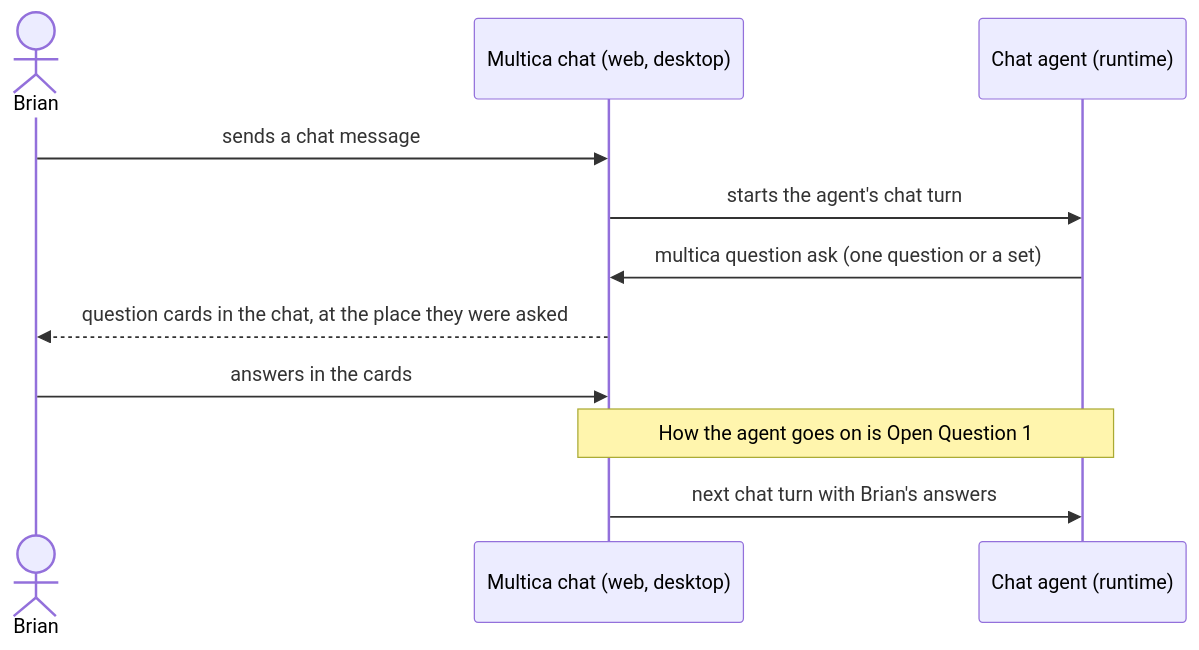
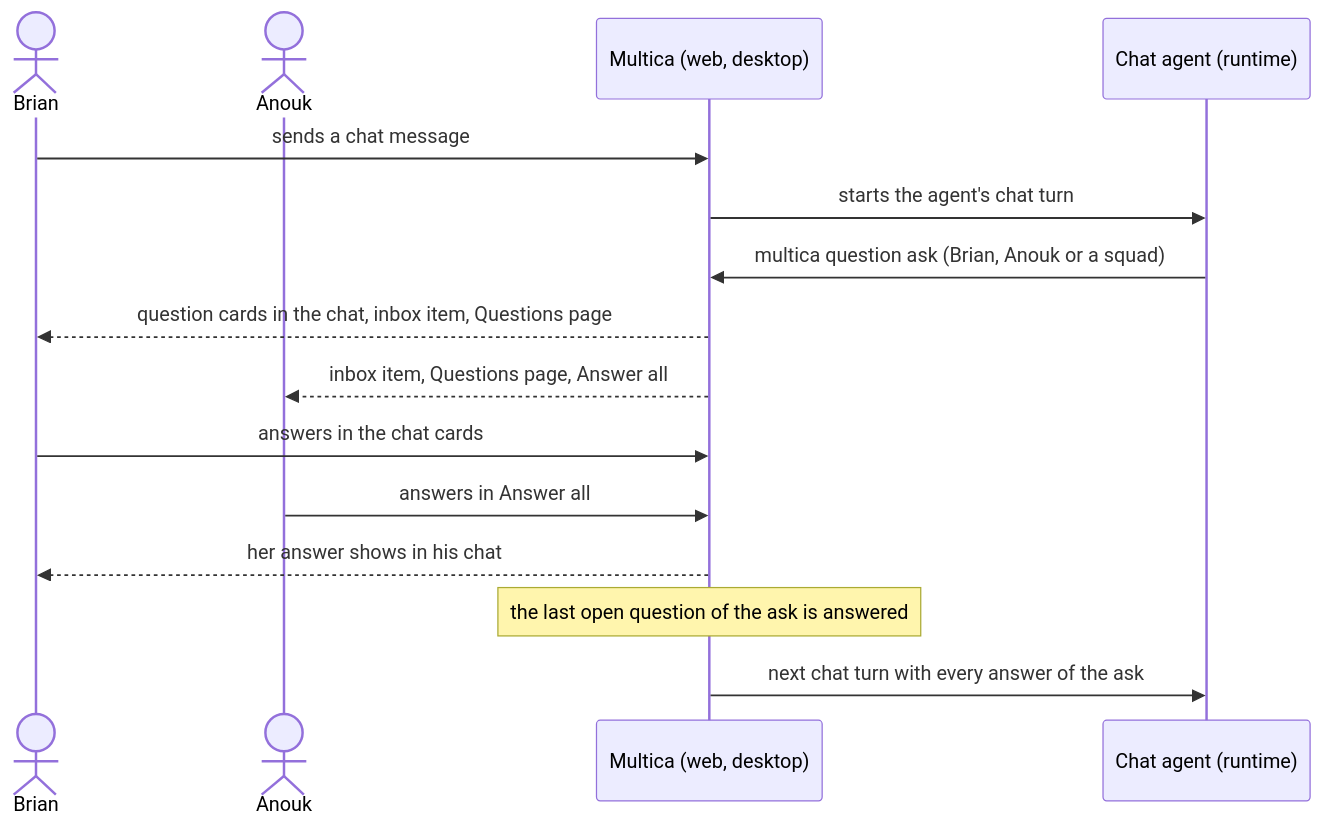
The diagram in specs/openspec/changes/questions-in-chat/proposal.md (appboypov/multica), drawn with Mermaid before and after one commit. The commit also changed other lines of this file and 4 other files, not shown here.

First line of the commit message:
docs(specs): spec questions in chat from Brian's answers

````diff
--- a/specs/openspec/changes/questions-in-chat/proposal.md
+++ b/specs/openspec/changes/questions-in-chat/proposal.md
@@ -3,13 +3,17 @@
 ```mermaid
 sequenceDiagram
   actor Brian
-  participant App as Multica chat (web, desktop)
+  actor Anouk
+  participant App as Multica (web, desktop)
   participant Agent as Chat agent (runtime)
   Brian->>App: sends a chat message
   App->>Agent: starts the agent's chat turn
-  Agent->>App: multica question ask (one question or a set)
-  App-->>Brian: question cards in the chat, at the place they were asked
-  Brian->>App: answers in the cards
-  Note over App,Agent: How the agent goes on is Open Question 1
-  App->>Agent: next chat turn with Brian's answers
+  Agent->>App: multica question ask (Brian, Anouk or a squad)
+  App-->>Brian: question cards in the chat, inbox item, Questions page
+  App-->>Anouk: inbox item, Questions page, Answer all
+  Brian->>App: answers in the chat cards
+  Anouk->>App: answers in Answer all
+  App-->>Brian: her answer shows in his chat
+  Note over App: the last open question of the ask is answered
+  App->>Agent: next chat turn with every answer of the ask
 ```
````
